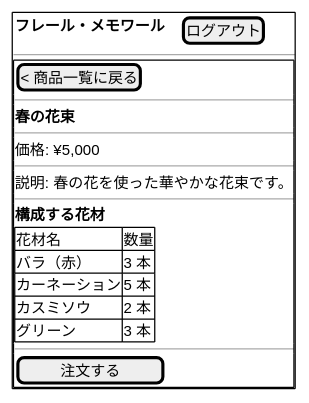
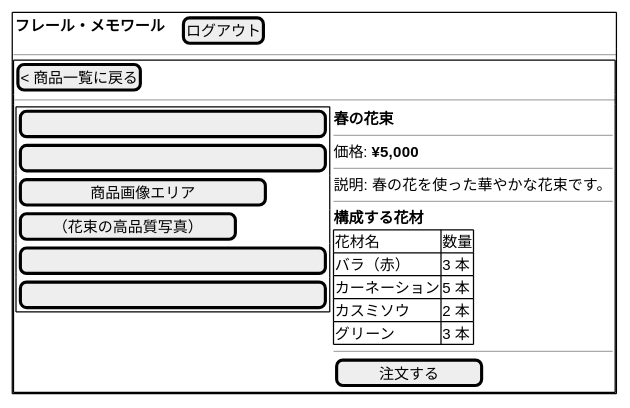
Before and after one commit to k2works/case-study-sdd-development: the eighth of 25 diagrams in docs/design/ui-design.md, drawn with PlantUML. The commit also changed other lines of this file, not shown here.

````diff
--- a/docs/design/ui-design.md
+++ b/docs/design/ui-design.md
@@ -274,30 +315,41 @@
 ```plantuml
 @startsalt
 {+
   {
     <b>フレール・メモワール | . | . | [ログアウト]
   }
   ---
   {+
     [< 商品一覧に戻る]
     ---
-    <b>春の花束
-    ---
-    価格: ¥5,000
-    ---
-    説明: 春の花を使った華やかな花束です。
-    ---
-    <b>構成する花材
-    {#
-      花材名 | 数量
-      バラ（赤） | 3 本
-      カーネーション | 5 本
-      カスミソウ | 2 本
-      グリーン | 3 本
+    {
+      {+
+        [                              ]
+        [                              ]
+        [        商品画像エリア         ]
+        [     （花束の高品質写真）      ]
+        [                              ]
+        [                              ]
+      } | {
+        <b>春の花束
+        ---
+        価格: <b>¥5,000
+        ---
+        説明: 春の花を使った華やかな花束です。
+        ---
+        <b>構成する花材
+        {#
+          花材名 | 数量
+          バラ（赤） | 3 本
+          カーネーション | 5 本
+          カスミソウ | 2 本
+          グリーン | 3 本
+        }
+        ---
+        [     注文する     ]
+      }
     }
-    ---
-    [     注文する     ]
   }
 }
 @endsalt
 ```
````
